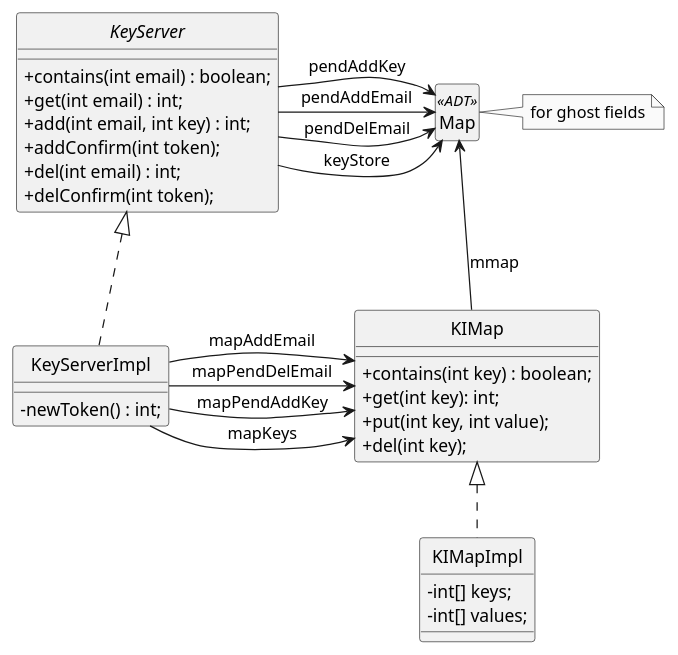
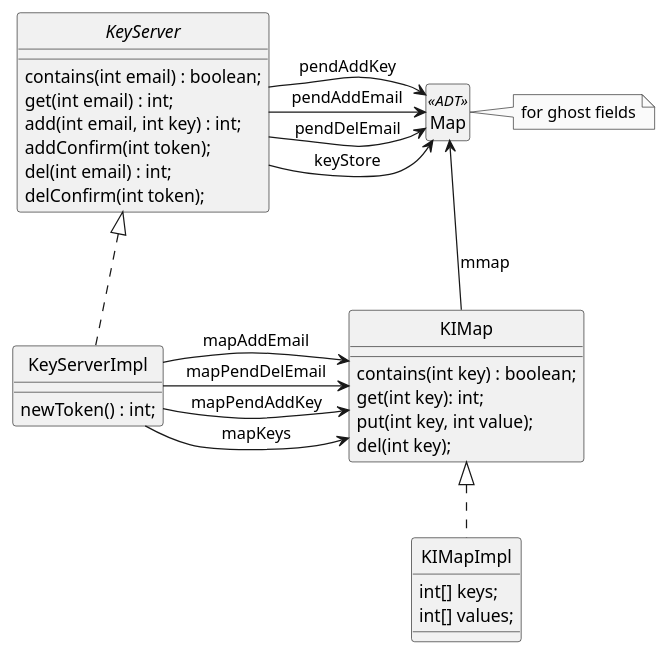
The diagram in presentation/imap.plantuml (KeYProject/verifythis-ltc-2020), drawn with PlantUML before and after one commit. The commit also changed 20 other files, not shown here.

```diff
--- a/presentation/imap.plantuml
+++ b/presentation/imap.plantuml
@@ -1,53 +1,53 @@
 @startuml
 hide circle
 skinparam classAttributeIconSize 0
 skinparam monochrome true
 skinparam shadowing false
 
 interface KeyServer {
-    +contains(int email) : boolean;
-    +get(int email) : int;
-    +add(int email, int key) : int;
-    +addConfirm(int token);
-    +del(int email) : int;
-    +delConfirm(int token);
+    contains(int email) : boolean;
+    get(int email) : int;
+    add(int email, int key) : int;
+    addConfirm(int token);
+    del(int email) : int;
+    delConfirm(int token);
 }
 
 KeyServer -right-> Map : keyStore
 KeyServer -right-> Map : pendAddEmail
 KeyServer -right-> Map : pendAddKey
 KeyServer -right-> Map : pendDelEmail
 
 
 class Map << ADT >>
 hide Map members
 note right: for ghost fields
 
 class KeyServerImpl implements KeyServer {
 '    -KIMap mapKeys; 
 '    -KIMap mapPendAddEmail;
 '    -KIMap mapPendAddKey;
 '    -KIMap mapPendDelEmail;
-    -newToken() : int;
+    newToken() : int;
 }
 
 KeyServerImpl -right-> KIMap : mapKeys
 KeyServerImpl -right-> KIMap : mapAddEmail
 KeyServerImpl -right-> KIMap : mapPendAddKey
 KeyServerImpl -right-> KIMap : mapPendDelEmail
 
 class KIMap {
-    +contains(int key) : boolean;
-    +get(int key): int;
-    +put(int key, int value);
-    +del(int key);
+    contains(int key) : boolean;
+    get(int key): int;
+    put(int key, int value);
+    del(int key);
 }
 'note top: for implementation
 
 KIMap -up-> Map : mmap
 
 class KIMapImpl implements KIMap {
-    -int[] keys;
-    -int[] values;
+    int[] keys;
+    int[] values;
 }
 @enduml
```
